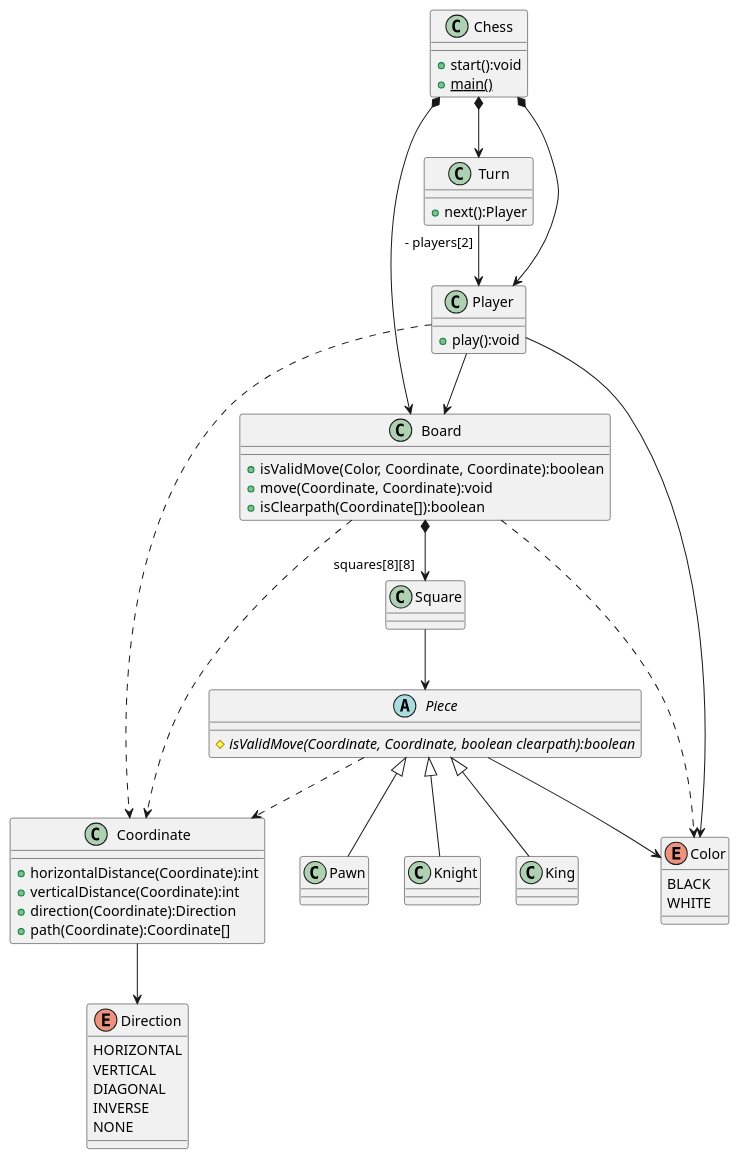
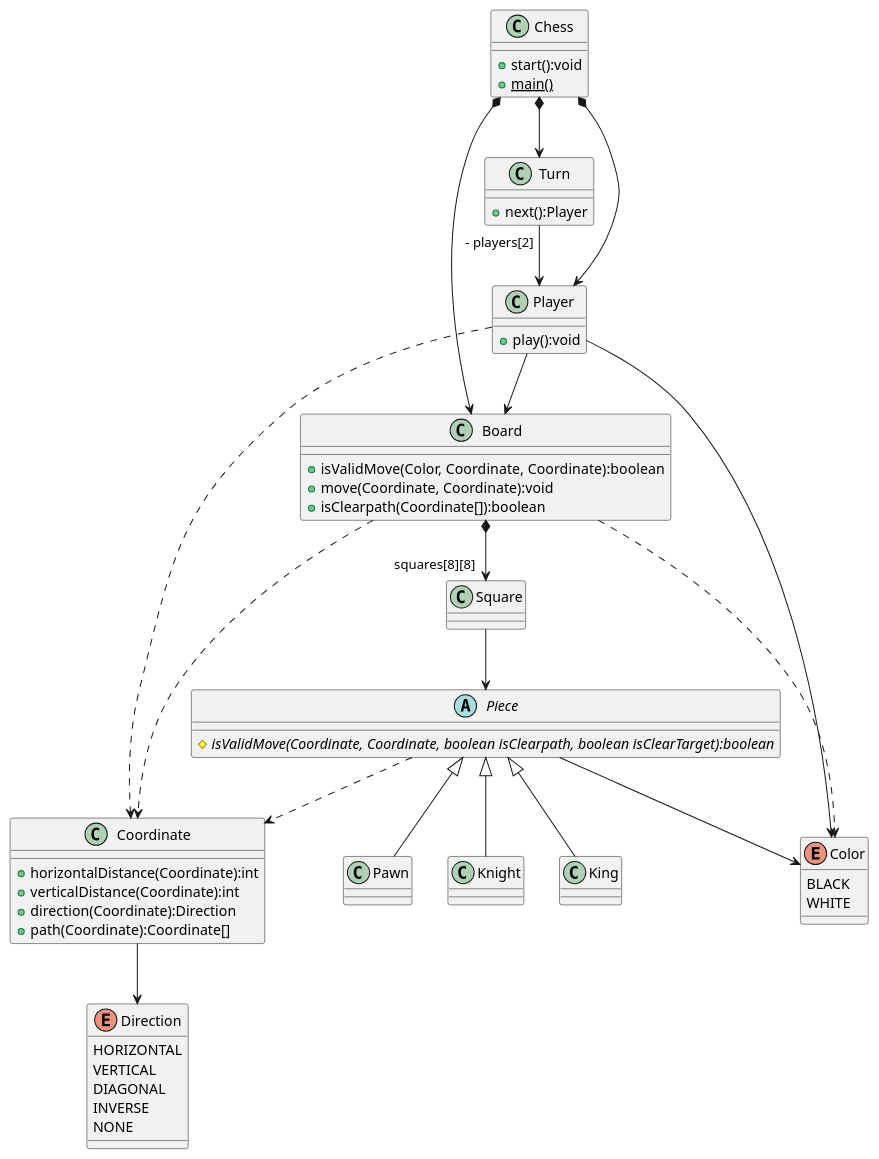
The diagram in docs/chess.puml (ioni5/chess), drawn with PlantUML before and after one commit. The commit also changed 9 other files, not shown here.

```diff
--- a/docs/chess.puml
+++ b/docs/chess.puml
@@ -1,68 +1,68 @@
 @startuml chess
 
 class Chess {
     + start():void
     + {static} main()
 }
 
 Chess *--> Board
 Chess *--> Player
 Chess *--> Turn
 
 Turn "- players[2]" --> Player
 
 class Turn {
     + next():Player
 }
 
 Player --> Board
 Player --> Color
 
 class Player {
     + play():void
 }
 
 Player ..> Coordinate
 
 class Board {
     + isValidMove(Color, Coordinate, Coordinate):boolean
     + move(Coordinate, Coordinate):void
     + isClearpath(Coordinate[]):boolean
 }
 
 Board ..> Coordinate
 Board ..> Color
 Board *--> "squares[8][8]" Square
 Square --> Piece
 Piece --> Color
 Piece ..> Coordinate
 
 abstract class Piece {
-    # {abstract} isValidMove(Coordinate, Coordinate, boolean clearpath):boolean
+    # {abstract} isValidMove(Coordinate, Coordinate, boolean isClearpath, boolean isClearTarget):boolean
 }
 
 Piece <|-- Pawn
 Piece <|-- Knight
 Piece <|-- King
 
 Enum Color {
     BLACK
     WHITE
 }
 
 class Coordinate {
     + horizontalDistance(Coordinate):int
     + verticalDistance(Coordinate):int
     + direction(Coordinate):Direction
     + path(Coordinate):Coordinate[]
 }
 Coordinate --> Direction
 enum Direction {
     HORIZONTAL
     VERTICAL
     DIAGONAL
     INVERSE
     NONE
 }
 
 @enduml
```
